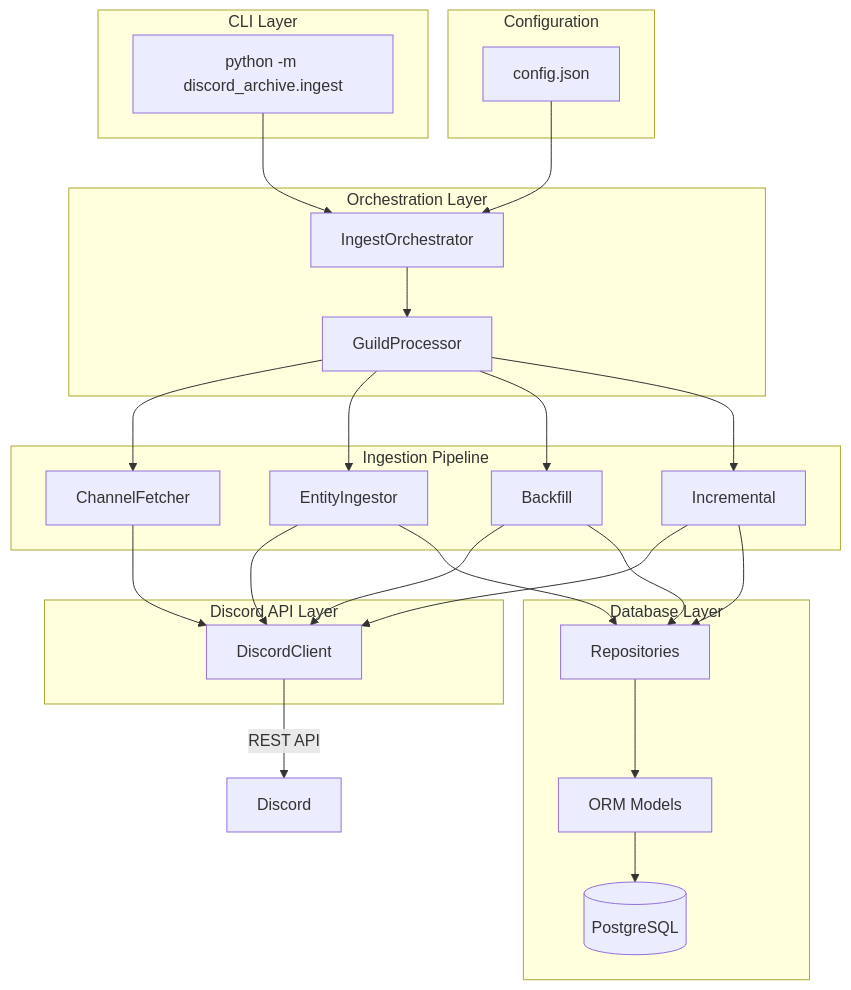
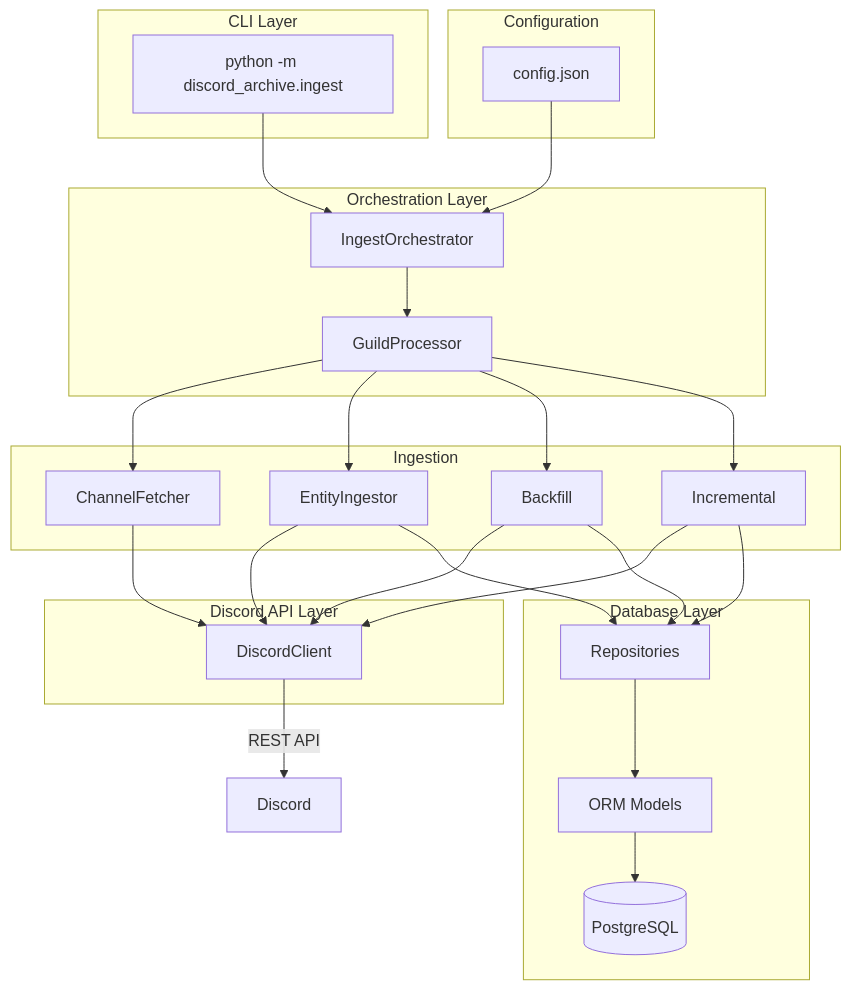
Before and after one commit to wdwdev/discord-archive: the first of 3 diagrams in README.md, drawn with Mermaid. The commit also changed other lines of this file and 9 other files, not shown here.

````diff
--- a/README.md
+++ b/README.md
@@ -18,50 +18,50 @@
 ```mermaid
 graph TB
     subgraph CLI["CLI Layer"]
         A[python -m discord_archive.ingest]
     end
 
     subgraph Config["Configuration"]
         B[config.json]
     end
 
     subgraph Orchestration["Orchestration Layer"]
         D[IngestOrchestrator]
         E[GuildProcessor]
     end
 
-    subgraph Ingestion["Ingestion Pipeline"]
+    subgraph Ingestion["Ingestion"]
         F[ChannelFetcher]
         G[EntityIngestor]
         H[Backfill]
         I[Incremental]
     end
 
     subgraph API["Discord API Layer"]
         J[DiscordClient]
     end
 
     subgraph DB["Database Layer"]
         K[Repositories]
         L[ORM Models]
         M[(PostgreSQL)]
     end
 
     A --> D
     B --> D
     D --> E
     E --> F
     E --> G
     E --> H
     E --> I
     F --> J
     G --> J
     H --> J
     I --> J
     J -->|REST API| N[Discord]
     H --> K
     I --> K
     G --> K
     K --> L
     L --> M
 ```
````
